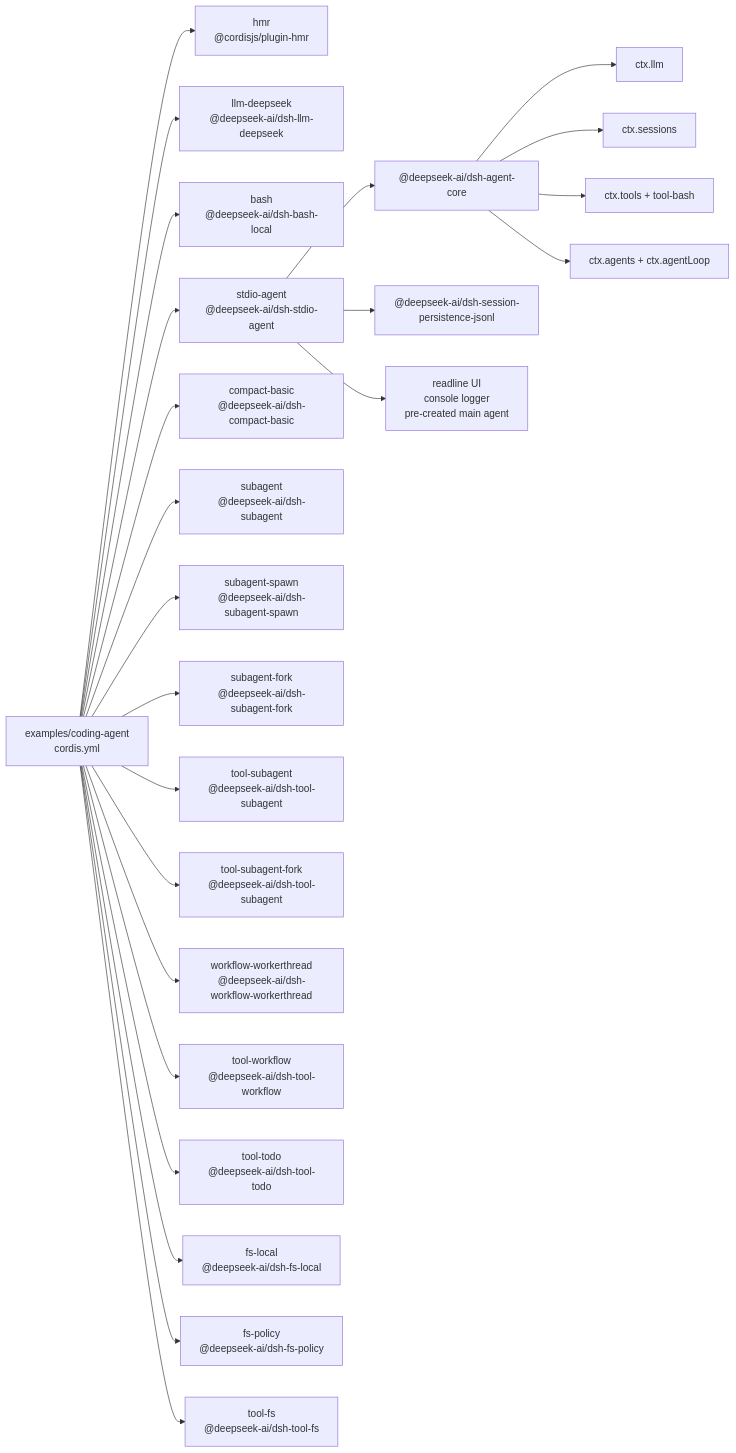
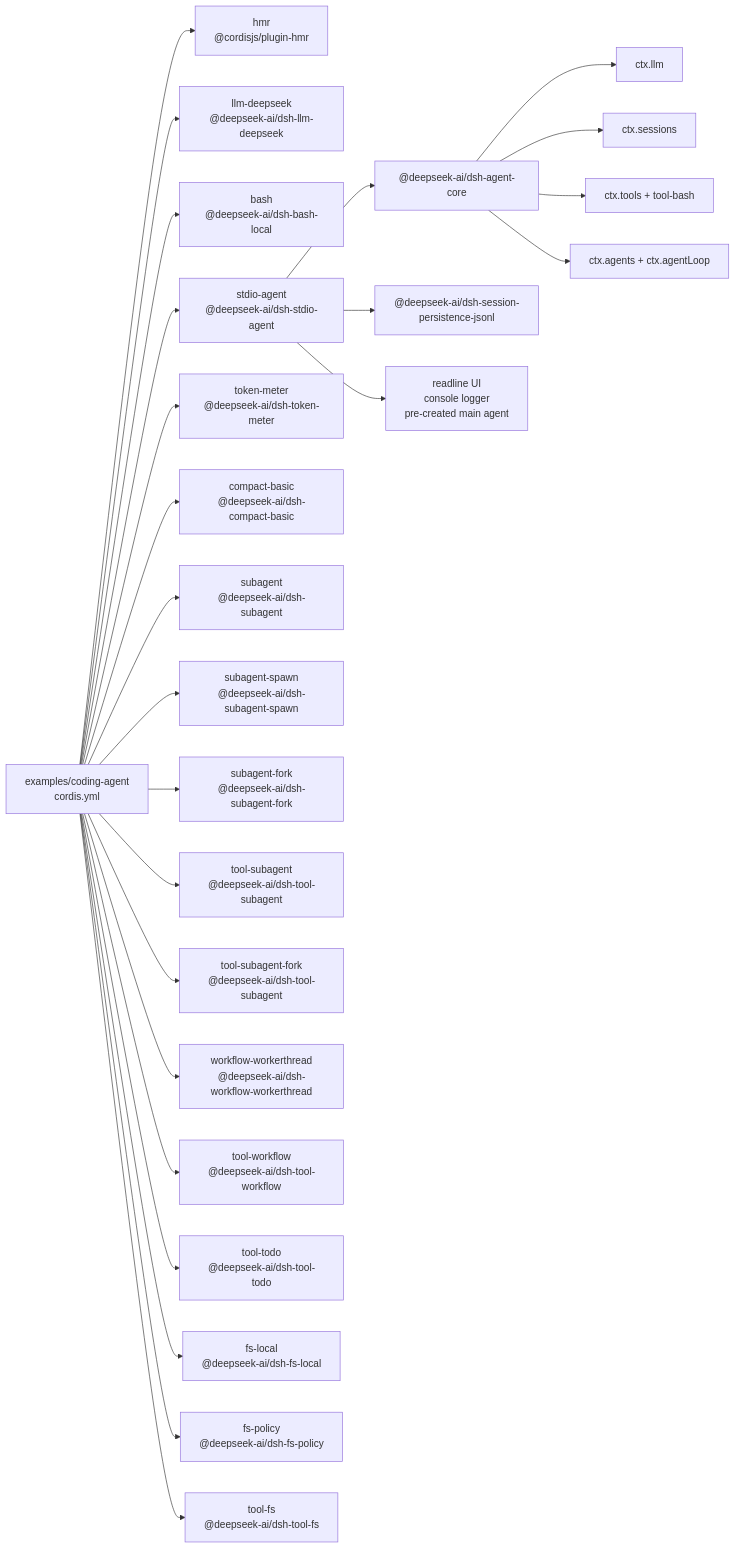
Before and after one commit to 007M7/DeepCode: the diagram in examples/coding-agent/composition.md, drawn with Mermaid. The commit also changed other lines of this file and 59 other files, not shown here.

````diff
--- a/examples/coding-agent/composition.md
+++ b/examples/coding-agent/composition.md
@@ -8,43 +8,45 @@
 ```mermaid
 flowchart LR
   cfg["examples/coding-agent<br/>cordis.yml"]
   plugin_coding_hmr["hmr<br/>@cordisjs/plugin-hmr"]
   cfg --> plugin_coding_hmr
   plugin_coding_llm_deepseek["llm-deepseek<br/>@deepseek-ai/dsh-llm-deepseek"]
   cfg --> plugin_coding_llm_deepseek
   plugin_coding_bash["bash<br/>@deepseek-ai/dsh-bash-local"]
   cfg --> plugin_coding_bash
   plugin_coding_stdio_agent["stdio-agent<br/>@deepseek-ai/dsh-stdio-agent"]
   cfg --> plugin_coding_stdio_agent
   plugin_coding_stdio_agent --> bundle_agent_core["@deepseek-ai/dsh-agent-core"]
   plugin_coding_stdio_agent --> bundle_jsonl["@deepseek-ai/dsh-session-persistence-jsonl"]
   plugin_coding_stdio_agent --> frontdoor_stdio["readline UI<br/>console logger<br/>pre-created main agent"]
   bundle_agent_core --> spine_llm["ctx.llm"]
   bundle_agent_core --> spine_sessions["ctx.sessions"]
   bundle_agent_core --> spine_tools["ctx.tools + tool-bash"]
   bundle_agent_core --> spine_loop["ctx.agents + ctx.agentLoop"]
+  plugin_coding_token_meter["token-meter<br/>@deepseek-ai/dsh-token-meter"]
+  cfg --> plugin_coding_token_meter
   plugin_coding_compact_basic["compact-basic<br/>@deepseek-ai/dsh-compact-basic"]
   cfg --> plugin_coding_compact_basic
   plugin_coding_subagent["subagent<br/>@deepseek-ai/dsh-subagent"]
   cfg --> plugin_coding_subagent
   plugin_coding_subagent_spawn["subagent-spawn<br/>@deepseek-ai/dsh-subagent-spawn"]
   cfg --> plugin_coding_subagent_spawn
   plugin_coding_subagent_fork["subagent-fork<br/>@deepseek-ai/dsh-subagent-fork"]
   cfg --> plugin_coding_subagent_fork
   plugin_coding_tool_subagent["tool-subagent<br/>@deepseek-ai/dsh-tool-subagent"]
   cfg --> plugin_coding_tool_subagent
   plugin_coding_tool_subagent_fork["tool-subagent-fork<br/>@deepseek-ai/dsh-tool-subagent"]
   cfg --> plugin_coding_tool_subagent_fork
   plugin_coding_workflow_workerthread["workflow-workerthread<br/>@deepseek-ai/dsh-workflow-workerthread"]
   cfg --> plugin_coding_workflow_workerthread
   plugin_coding_tool_workflow["tool-workflow<br/>@deepseek-ai/dsh-tool-workflow"]
   cfg --> plugin_coding_tool_workflow
   plugin_coding_tool_todo["tool-todo<br/>@deepseek-ai/dsh-tool-todo"]
   cfg --> plugin_coding_tool_todo
   plugin_coding_fs_local["fs-local<br/>@deepseek-ai/dsh-fs-local"]
   cfg --> plugin_coding_fs_local
   plugin_coding_fs_policy["fs-policy<br/>@deepseek-ai/dsh-fs-policy"]
   cfg --> plugin_coding_fs_policy
   plugin_coding_tool_fs["tool-fs<br/>@deepseek-ai/dsh-tool-fs"]
   cfg --> plugin_coding_tool_fs
 ```
````
